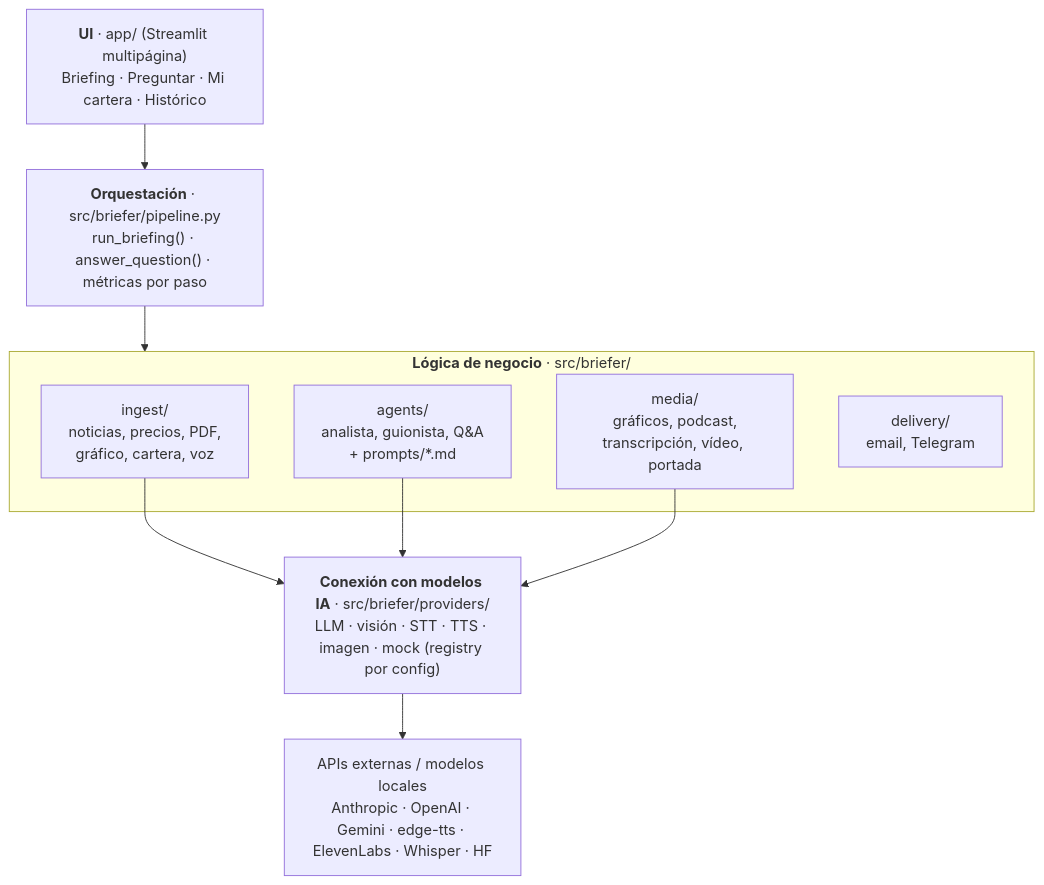
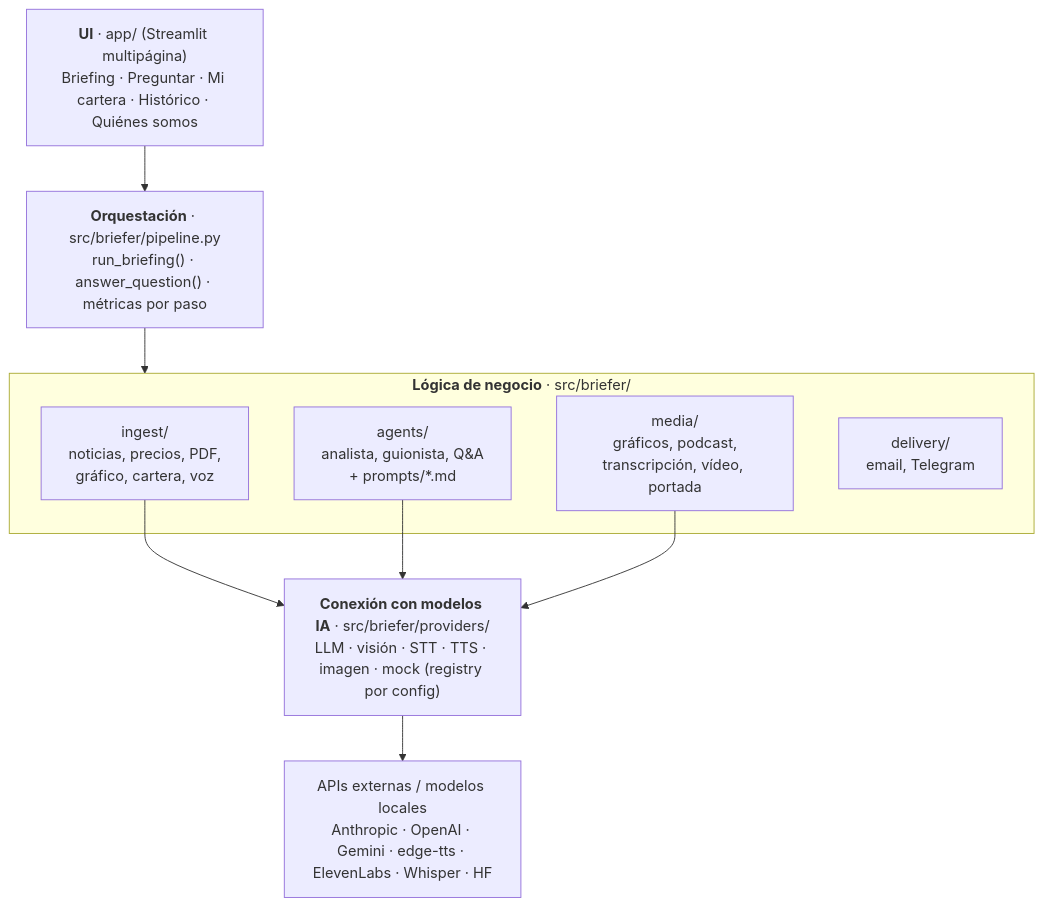
Before and after one commit to Romequinco/multimodal-market-briefer: the second of 2 diagrams in README.md, drawn with Mermaid. The commit also changed other lines of this file and 7 other files, not shown here.

````diff
--- a/README.md
+++ b/README.md
@@ -173,19 +201,19 @@
 ```mermaid
 flowchart TB
-    UI["<b>UI</b> · app/ (Streamlit multipágina)<br/>Briefing · Preguntar · Mi cartera · Histórico"]
+    UI["<b>UI</b> · app/ (Streamlit multipágina)<br/>Briefing · Preguntar · Mi cartera · Histórico · Quiénes somos"]
     PL["<b>Orquestación</b> · src/briefer/pipeline.py<br/>run_briefing() · answer_question() · métricas por paso"]
     subgraph BIZ["<b>Lógica de negocio</b> · src/briefer/"]
         ING["ingest/<br/>noticias, precios, PDF,<br/>gráfico, cartera, voz"]
         AGT["agents/<br/>analista, guionista, Q&A<br/>+ prompts/*.md"]
         MED["media/<br/>gráficos, podcast,<br/>transcripción, vídeo, portada"]
         DLV["delivery/<br/>email, Telegram"]
     end
     PRV["<b>Conexión con modelos IA</b> · src/briefer/providers/<br/>LLM · visión · STT · TTS · imagen · mock (registry por config)"]
     X["APIs externas / modelos locales<br/>Anthropic · OpenAI · Gemini · edge-tts · ElevenLabs · Whisper · HF"]
 
     UI --> PL --> BIZ
     ING --> PRV
     AGT --> PRV
     MED --> PRV
     PRV --> X
 ```
````
